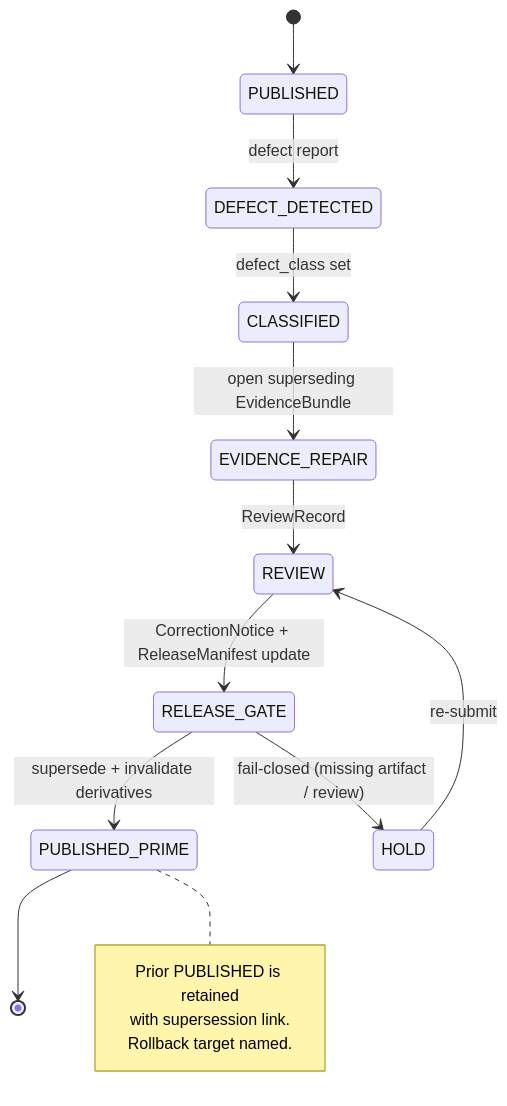
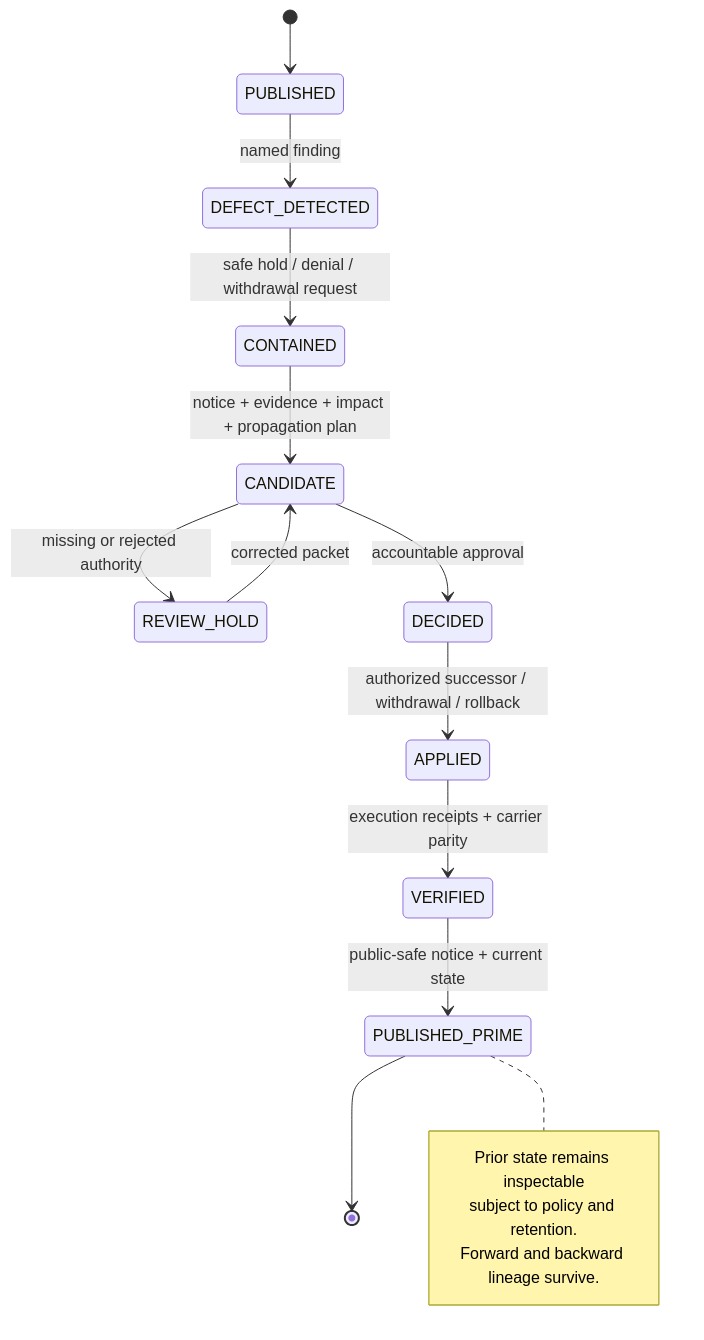
The second of 2 diagrams in docs/architecture/publication/CORRECTION.md (bartytime4life/Kansas-Frontier-Matrix), drawn with Mermaid before and after one commit. The commit also changed other lines of this file, not shown here.

Commit message:
docs(publication): ground correction path

````diff
--- a/docs/architecture/publication/CORRECTION.md
+++ b/docs/architecture/publication/CORRECTION.md
@@ -260,18 +427,19 @@
 ```mermaid
 stateDiagram-v2
-    [*] --> PUBLISHED
-    PUBLISHED --> DEFECT_DETECTED: defect report
-    DEFECT_DETECTED --> CLASSIFIED: defect_class set
-    CLASSIFIED --> EVIDENCE_REPAIR: open superseding EvidenceBundle
-    EVIDENCE_REPAIR --> REVIEW: ReviewRecord
-    REVIEW --> RELEASE_GATE: CorrectionNotice + ReleaseManifest update
-    RELEASE_GATE --> PUBLISHED_PRIME: supersede + invalidate derivatives
-    RELEASE_GATE --> HOLD: fail-closed (missing artifact / review)
-    HOLD --> REVIEW: re-submit
-    PUBLISHED_PRIME --> [*]
-    note right of PUBLISHED_PRIME
-        Prior PUBLISHED is retained
-        with supersession link.
-        Rollback target named.
-    end note
+  [*] --> PUBLISHED
+  PUBLISHED --> DEFECT_DETECTED: named finding
+  DEFECT_DETECTED --> CONTAINED: safe hold / denial / withdrawal request
+  CONTAINED --> CANDIDATE: notice + evidence + impact + propagation plan
+  CANDIDATE --> REVIEW_HOLD: missing or rejected authority
+  REVIEW_HOLD --> CANDIDATE: corrected packet
+  CANDIDATE --> DECIDED: accountable approval
+  DECIDED --> APPLIED: authorized successor / withdrawal / rollback
+  APPLIED --> VERIFIED: execution receipts + carrier parity
+  VERIFIED --> PUBLISHED_PRIME: public-safe notice + current state
+  PUBLISHED_PRIME --> [*]
+  note right of PUBLISHED_PRIME
+    Prior state remains inspectable
+    subject to policy and retention.
+    Forward and backward lineage survive.
+  end note
 ```
````
